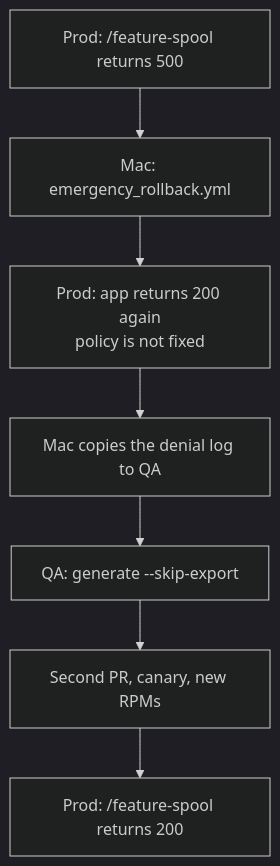
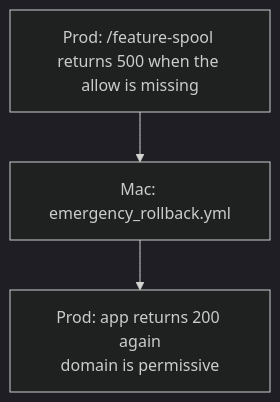
The eighth of 8 diagrams in docs/demo/203-RHEL_TWO_HOST.md (anurag-saran/selinux-pac), drawn with Mermaid (dark theme) before and after one commit. The commit also changed other lines of this file and 5 other files, not shown here.

First line of the commit message:
Show the prod soak gate refusing a spool denial before enforce.

````diff
--- a/docs/demo/203-RHEL_TWO_HOST.md
+++ b/docs/demo/203-RHEL_TWO_HOST.md
@@ -190,9 +210,5 @@
 ```mermaid
 flowchart TD
-  fail["Prod: /feature-spool returns 500"] --> roll["Mac: emergency_rollback.yml"]
-  roll --> up["Prod: app returns 200 again<br/>policy is not fixed"]
-  up --> copy["Mac copies the denial log to QA"]
-  copy --> gen["QA: generate --skip-export"]
-  gen --> ship["Second PR, canary, new RPMs"]
-  ship --> ok["Prod: /feature-spool returns 200"]
+  fail["Prod: /feature-spool returns 500 when the allow is missing"] --> roll["Mac: emergency_rollback.yml"]
+  roll --> up["Prod: app returns 200 again<br/>domain is permissive"]
 ```
````
